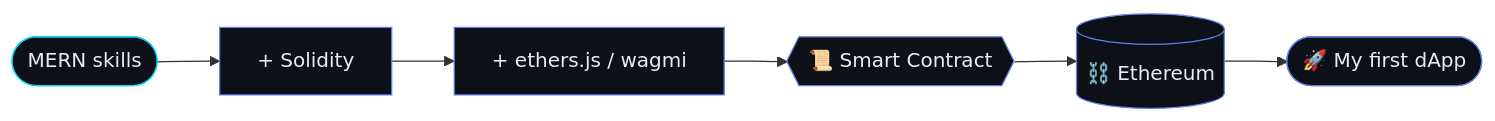
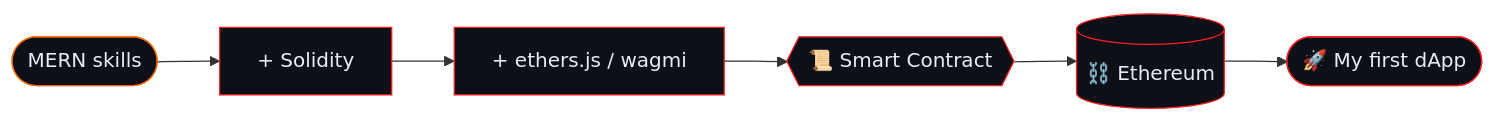
The second of 3 diagrams in README.md (Mayur-Bhil/Mayur-Bhil), drawn with Mermaid before and after one commit. The commit also changed other lines of this file, not shown here.

````diff
--- a/README.md
+++ b/README.md
@@ -92,12 +92,12 @@
 ```mermaid
 flowchart LR
     A([MERN skills]) --> B[+ Solidity]
     B --> C[+ ethers.js / wagmi]
     C --> D{{📜 Smart Contract}}
     D --> E[(⛓️ Ethereum)]
     E --> F([🚀 My first dApp])
-    classDef web2 fill:#0d1117,stroke:#00d9ff,color:#e6edf3
-    classDef web3 fill:#0d1117,stroke:#627EEA,color:#e6edf3
+    classDef web2 fill:#0d1117,stroke:#FF6A00,color:#e6edf3
+    classDef web3 fill:#0d1117,stroke:#FF1E1E,color:#e6edf3
     class A web2
     class B,C,D,E,F web3
 ```
````
